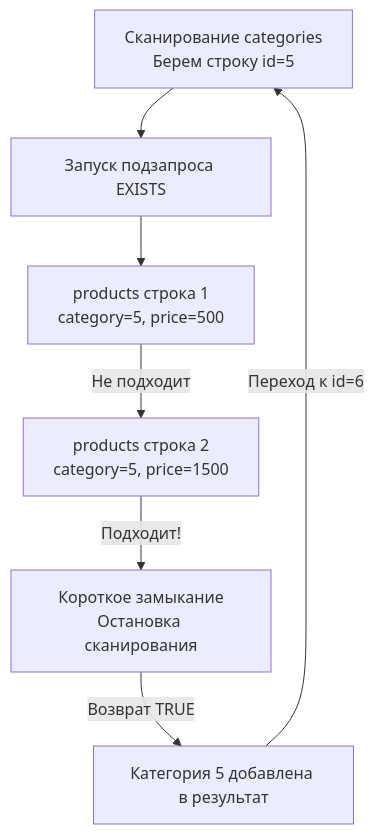
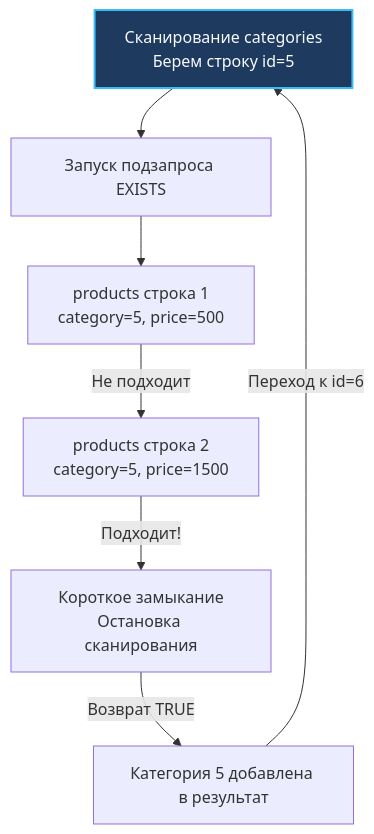
The diagram in sources/12. Базы данных/02. SQL базовый/10. EXISTS и IN.md (UnrealTemplier/go-textbook), drawn with Mermaid before and after one commit. The commit also changed 1666 other files, not shown here.

First line of the commit message:
feat(mermaid): add semantic color classDef to 1369 colorless flowchart/graph diagrams

````diff
--- a/sources/12. Базы данных/02. SQL базовый/10. EXISTS и IN.md
+++ b/sources/12. Базы данных/02. SQL базовый/10. EXISTS и IN.md
@@ -64,9 +64,19 @@
 ```mermaid
 flowchart TD
-    Outer["Сканирование categories<br>Берем строку id=5"] --> InnerStart["Запуск подзапроса EXISTS"]
+    classDef process  fill:#1e293b,stroke:#38bdf8,stroke-width:1px,color:#f8fafc
+    classDef success  fill:#064e3b,stroke:#34d399,stroke-width:1px,color:#f8fafc
+    classDef error    fill:#7f1d1d,stroke:#f87171,stroke-width:1px,color:#f8fafc
+    classDef warning  fill:#78350f,stroke:#fbbf24,stroke-width:1px,color:#f8fafc
+    classDef entry    fill:#1e3a5f,stroke:#38bdf8,stroke-width:2px,color:#f8fafc
+    classDef aux      fill:#334155,stroke:#64748b,stroke-width:1px,color:#f8fafc
+    classDef system   fill:#312e81,stroke:#a78bfa,stroke-width:1px,color:#f8fafc
+    classDef data     fill:#132d29,stroke:#2dd4bf,stroke-width:1px,color:#f8fafc
+    classDef network  fill:#881337,stroke:#fb7185,stroke-width:1px,color:#f8fafc
+    classDef accent   fill:#1e1b4b,stroke:#818cf8,stroke-width:1px,color:#f8fafc
+    Outer["Сканирование categories<br>Берем строку id=5"]:::entry --> InnerStart["Запуск подзапроса EXISTS"]
     InnerStart --> CheckRow1["products строка 1<br>category=5, price=500"]
     CheckRow1 -->|"Не подходит"| CheckRow2["products строка 2<br>category=5, price=1500"]
     CheckRow2 -->|"Подходит!"| ShortCircuit["Короткое замыкание<br>Остановка сканирования"]
     ShortCircuit -->|"Возврат TRUE"| Result["Категория 5 добавлена в результат"]
     Result -->|"Переход к id=6"| Outer
 ```
````
